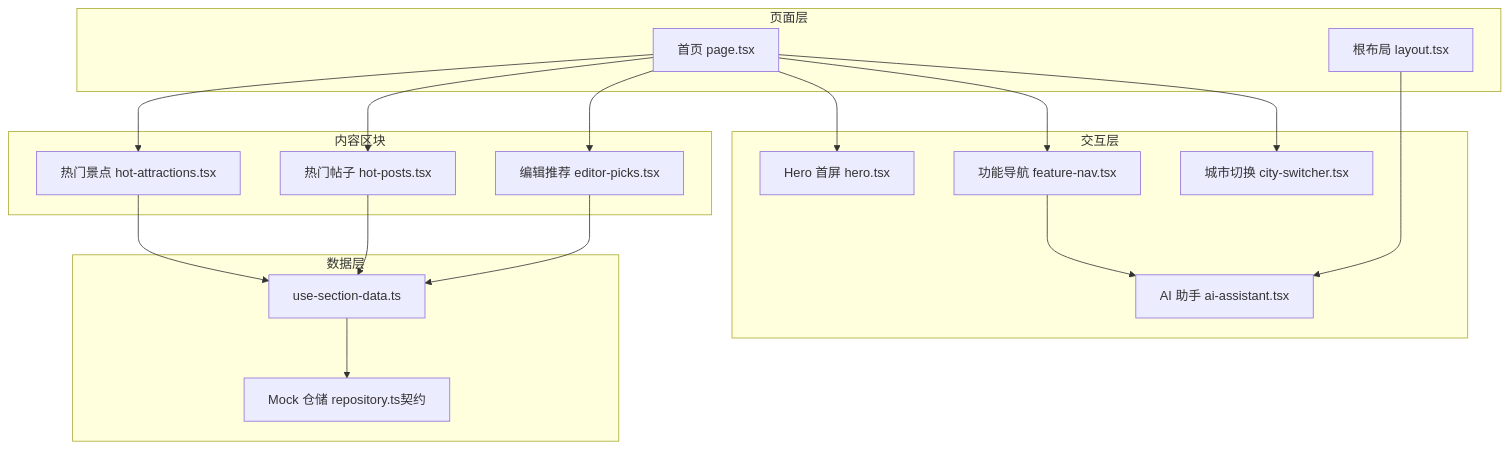
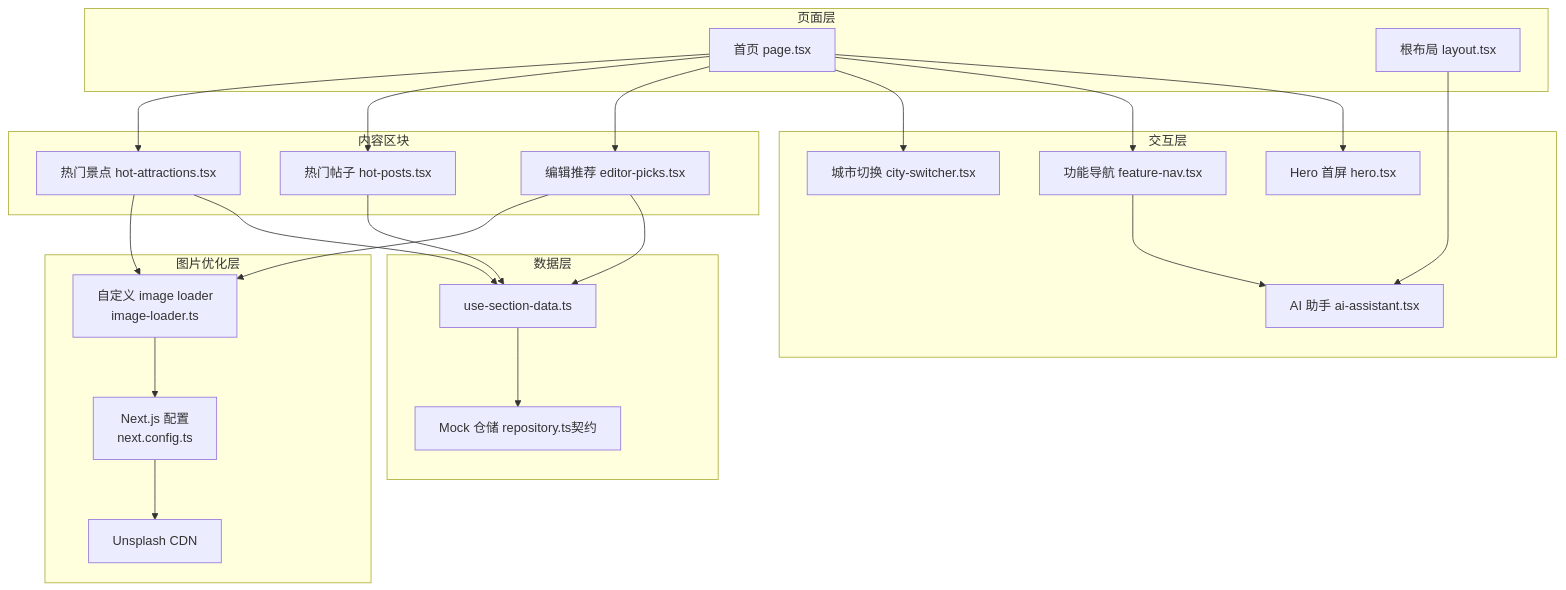
The second of 12 diagrams in .qoder/repowiki/zh/content/规格驱动开发/WanderChain 首页规格文档.md (luyitiger6/my-first-project), drawn with Mermaid before and after one commit. The commit also changed other lines of this file and 32 other files, not shown here.

````diff
--- a/.qoder/repowiki/zh/content/规格驱动开发/WanderChain 首页规格文档.md
+++ b/.qoder/repowiki/zh/content/规格驱动开发/WanderChain 首页规格文档.md
@@ -121,34 +137,43 @@
 ```mermaid
 graph TB
 subgraph "页面层"
 Page["首页 page.tsx"]
 Layout["根布局 layout.tsx"]
 end
 subgraph "交互层"
 Hero["Hero 首屏 hero.tsx"]
 Nav["功能导航 feature-nav.tsx"]
 City["城市切换 city-switcher.tsx"]
 AI["AI 助手 ai-assistant.tsx"]
 end
 subgraph "内容区块"
 Picks["编辑推荐 editor-picks.tsx"]
 Posts["热门帖子 hot-posts.tsx"]
 Attractions["热门景点 hot-attractions.tsx"]
 end
 subgraph "数据层"
 Hook["use-section-data.ts"]
 Repo["Mock 仓储 repository.ts契约"]
 end
+subgraph "图片优化层"
+Loader["自定义 image loader<br/>image-loader.ts"]
+Config["Next.js 配置<br/>next.config.ts"]
+CDN["Unsplash CDN"]
+end
 Page --> Hero
 Page --> Nav
 Page --> City
 Page --> Picks
 Page --> Posts
 Page --> Attractions
 Layout --> AI
 Nav --> AI
 Picks --> Hook
 Posts --> Hook
 Attractions --> Hook
 Hook --> Repo
+Picks --> Loader
+Attractions --> Loader
+Loader --> Config
+Config --> CDN
 ```
````
